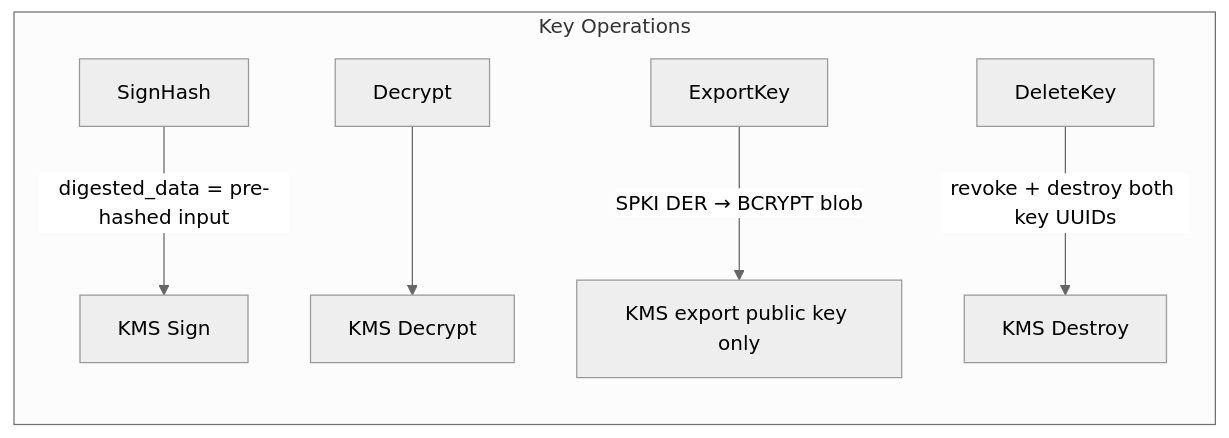
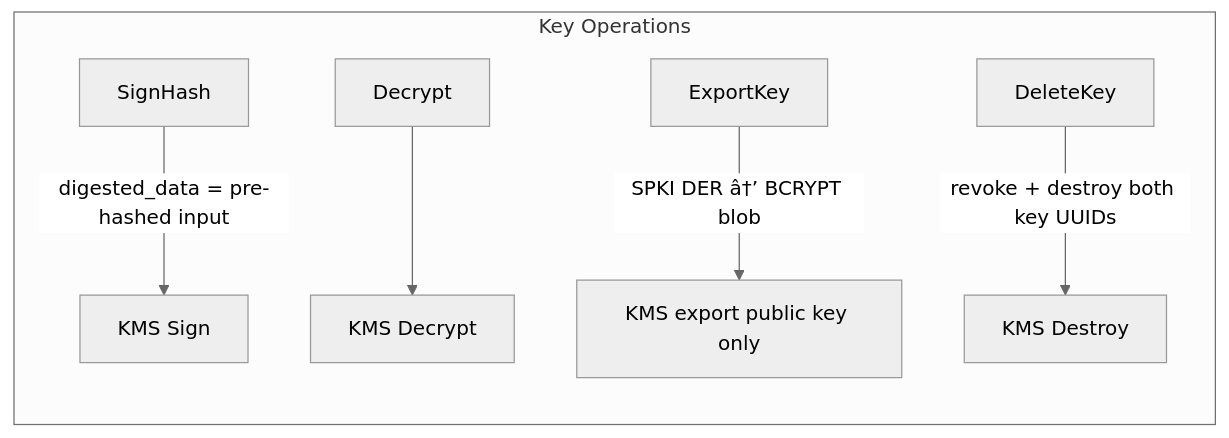
One commit to Cosmian/kms changed the fifth of 7 diagrams in documentation/docs/integrations/cloud_providers/microsoft/windows_cng_ksp.md. Above: the diagram before and after it, drawn with Mermaid (neutral theme). The commit also changed other lines of this file and 12 other files, not shown here.

````diff
--- a/documentation/docs/integrations/cloud_providers/microsoft/windows_cng_ksp.md
+++ b/documentation/docs/integrations/cloud_providers/microsoft/windows_cng_ksp.md
@@ -172,9 +172,9 @@
 ```mermaid
 flowchart LR
     subgraph Key Operations
         G[SignHash] -->|digested_data = pre-hashed input| H[KMS Sign]
         I[Decrypt] --> J[KMS Decrypt]
-        K[ExportKey] -->|SPKI DER → BCRYPT blob| L[KMS export public key only]
+        K[ExportKey] -->|SPKI DER â†’ BCRYPT blob| L[KMS export public key only]
         M[DeleteKey] -->|revoke + destroy both key UUIDs| N[KMS Destroy]
     end
 ```
````
